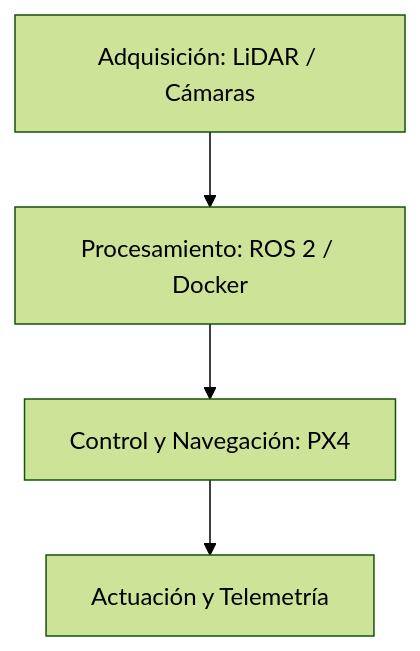
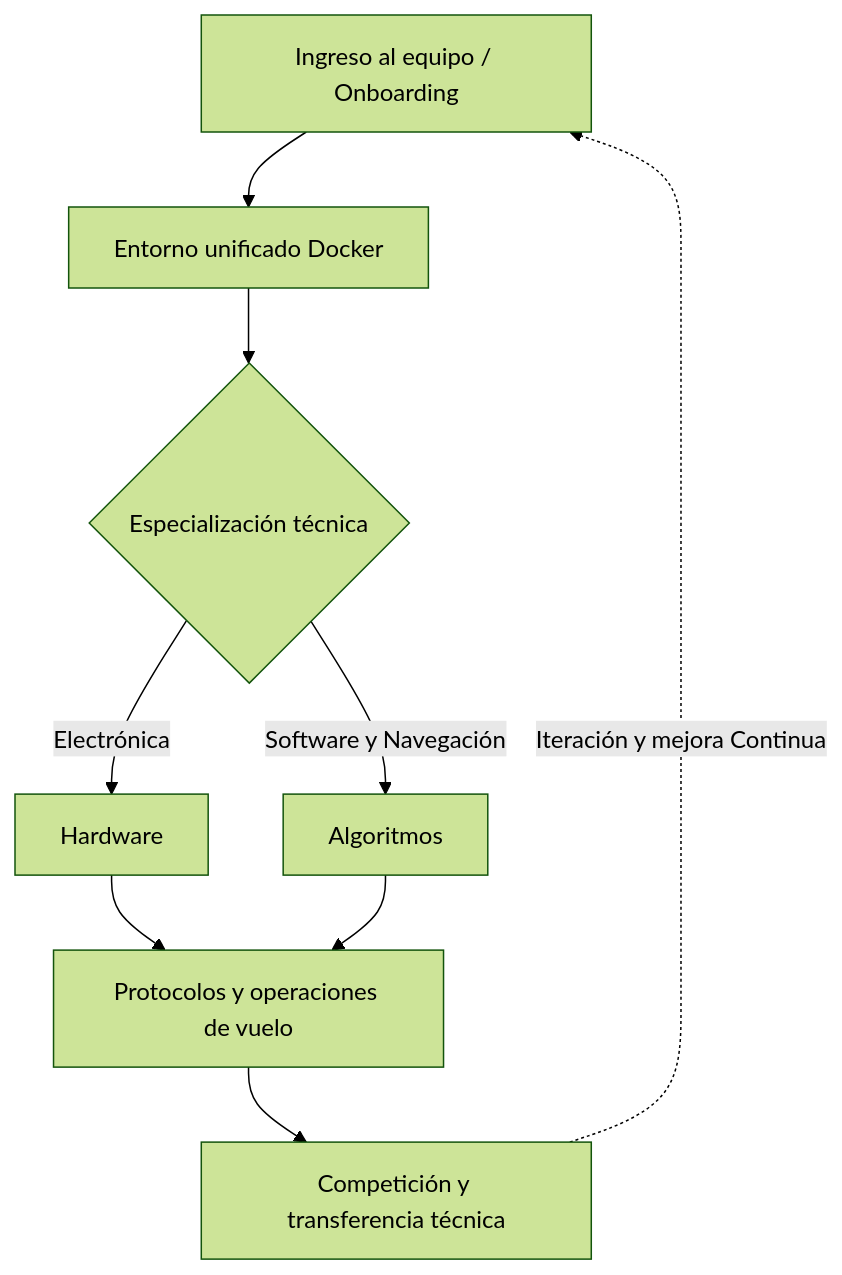
One commit to Dronkab-UNAQ/dronkab-docs changed the diagram in docs/index.md. Above: the diagram before and after it, drawn with Mermaid (forest theme). The commit also changed other lines of this file, not shown here.

````diff
--- a/docs/index.md
+++ b/docs/index.md
@@ -10,6 +9,11 @@
 ```mermaid
 graph TD
-    A[Adquisición: LiDAR / Cámaras] --> B[Procesamiento: ROS 2 / Docker]
-    B --> C[Control y Navegación: PX4]
-    C --> D[Actuación y Telemetría]
+    A[Ingreso al equipo / Onboarding] --> B[Entorno unificado Docker]
+    B --> C{Especialización técnica}
+    C -->|Electrónica| D[Hardware]
+    C -->|Software y Navegación| E[Algoritmos]
+    D --> F[Protocolos y operaciones de vuelo]
+    E --> F
+    F --> G[Competición y transferencia técnica]
+    G -.->|Iteración y mejora Continua| A
 ```
````
